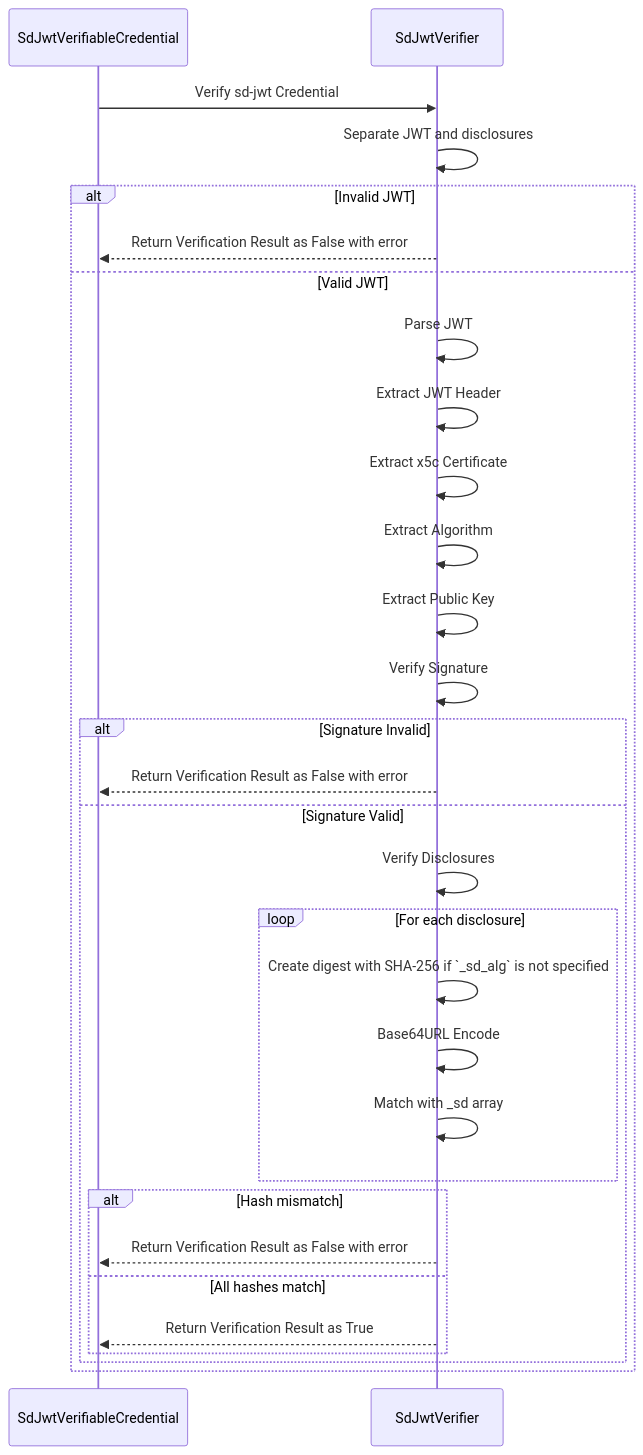
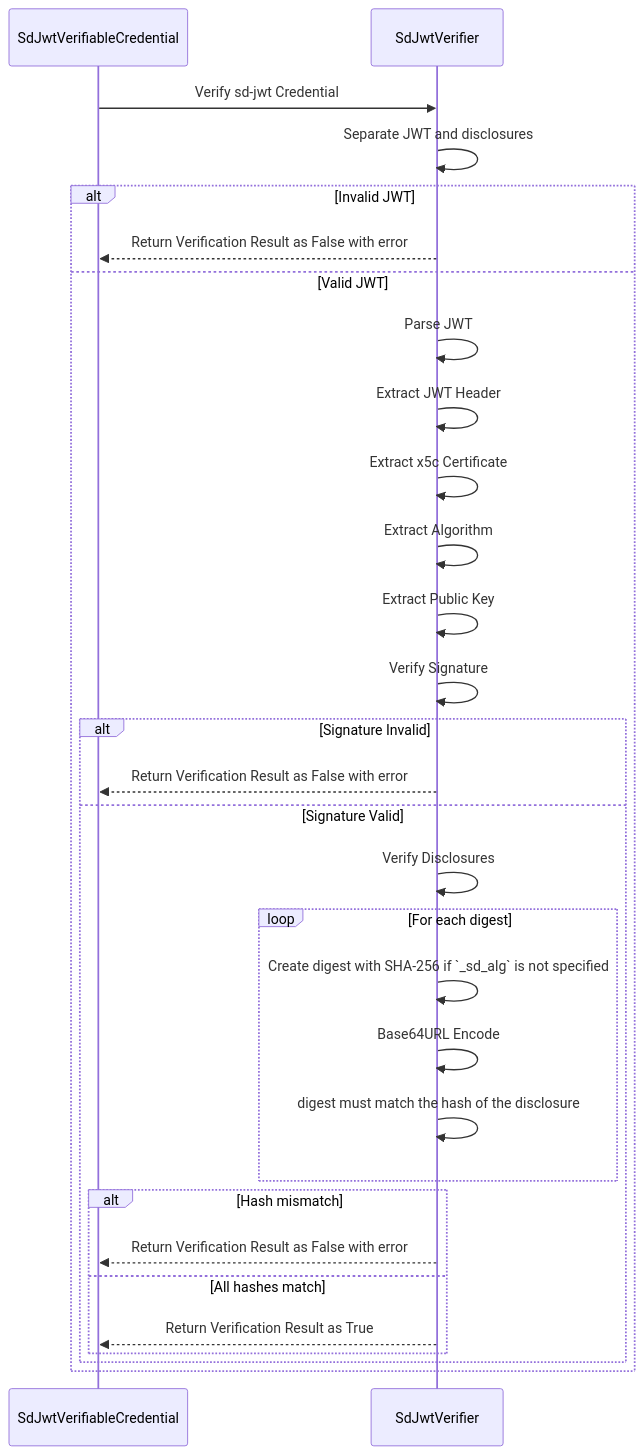
One commit to mosip/vc-verifier changed the third of 3 diagrams in doc/sdjwt-vc-verification-support.md. Above: the diagram before and after it, drawn with Mermaid. The commit also changed other lines of this file, not shown here.

Commit message:
[INJIMOB-3365] - update SD-JWT validation steps

````diff
--- a/doc/sdjwt-vc-verification-support.md
+++ b/doc/sdjwt-vc-verification-support.md
@@ -84,31 +92,31 @@
 ```mermaid
 sequenceDiagram
    
     SdJwtVerifiableCredential->>SdJwtVerifier: Verify sd-jwt Credential
     SdJwtVerifier->>SdJwtVerifier: Separate JWT and disclosures
     alt Invalid JWT
        SdJwtVerifier-->>SdJwtVerifiableCredential: Return Verification Result as False with error
     else Valid JWT
        SdJwtVerifier->>SdJwtVerifier: Parse JWT
        SdJwtVerifier->>SdJwtVerifier: Extract JWT Header
        SdJwtVerifier->>SdJwtVerifier: Extract x5c Certificate
        SdJwtVerifier->>SdJwtVerifier: Extract Algorithm
        SdJwtVerifier->>SdJwtVerifier: Extract Public Key
        SdJwtVerifier->>SdJwtVerifier: Verify Signature
        alt Signature Invalid
           SdJwtVerifier-->>SdJwtVerifiableCredential: Return Verification Result as False with error
        else Signature Valid
           SdJwtVerifier->>SdJwtVerifier: Verify Disclosures
-          loop For each disclosure
+          loop For each digest
              SdJwtVerifier->>SdJwtVerifier: Create digest with SHA-256 if `_sd_alg` is not specified
              SdJwtVerifier->>SdJwtVerifier: Base64URL Encode
-             SdJwtVerifier->>SdJwtVerifier: Match with _sd array
+             SdJwtVerifier->>SdJwtVerifier: digest must match the hash of the disclosure
           end
           alt Hash mismatch
              SdJwtVerifier-->>SdJwtVerifiableCredential: Return Verification Result as False with error
           else All hashes match
              SdJwtVerifier-->>SdJwtVerifiableCredential: Return Verification Result as True
           end
        end
     end
 ```
````
